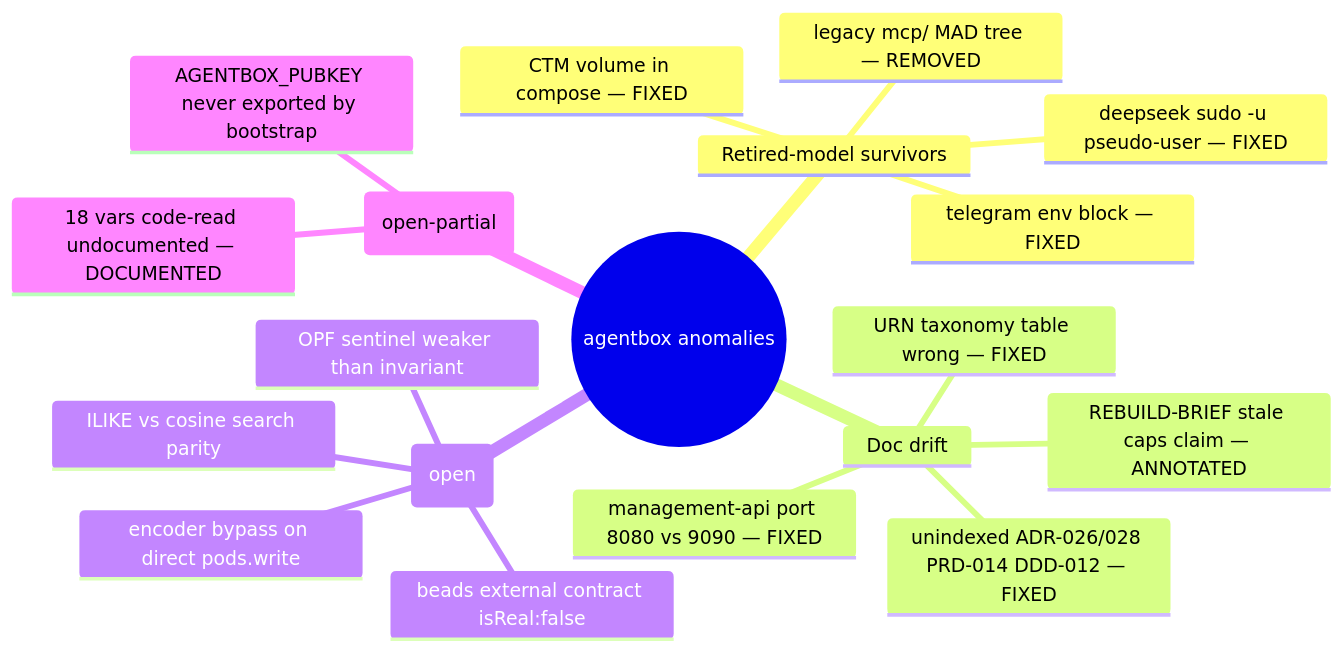
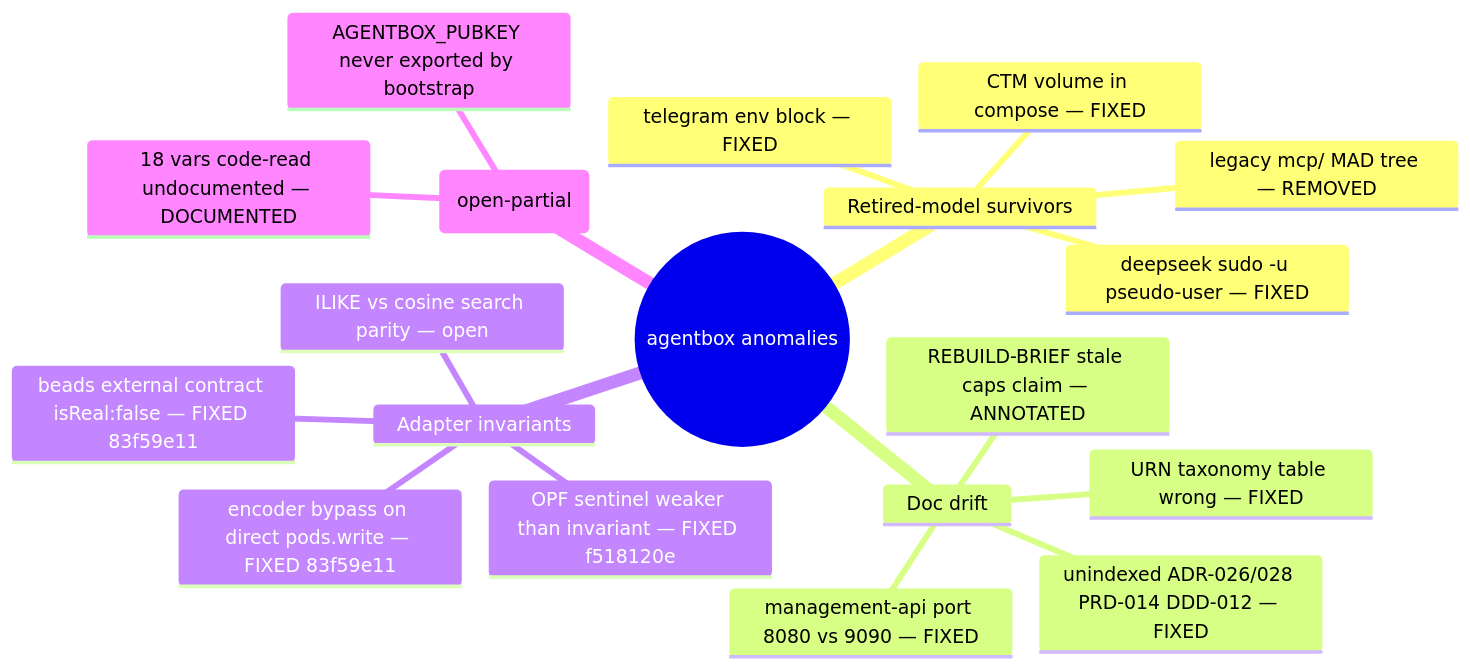
One commit to DreamLab-AI/agentbox changed the diagram in docs/diagrams/00-anomaly-register.md. Above: the diagram before and after it, drawn with Mermaid. The commit also changed other lines of this file and 11 other files, not shown here.

Commit message:
docs(diagrams): align mermaid diagrams to code ground truth; label aspirational flows and known gaps

````diff
--- a/docs/diagrams/00-anomaly-register.md
+++ b/docs/diagrams/00-anomaly-register.md
@@ -8,22 +8,22 @@
 ```mermaid
 mindmap
   root((agentbox anomalies))
     Retired-model survivors
       CTM volume in compose — FIXED
       telegram env block — FIXED
       deepseek sudo -u pseudo-user — FIXED
       legacy mcp/ MAD tree — REMOVED
     Doc drift
       management-api port 8080 vs 9090 — FIXED
       URN taxonomy table wrong — FIXED
       REBUILD-BRIEF stale caps claim — ANNOTATED
       unindexed ADR-026/028 PRD-014 DDD-012 — FIXED
-    Adapter invariants (open)
-      encoder bypass on direct pods.write
-      OPF sentinel weaker than invariant
-      beads external contract isReal:false
-      ILIKE vs cosine search parity
+    Adapter invariants
+      encoder bypass on direct pods.write — FIXED 83f59e11
+      OPF sentinel weaker than invariant — FIXED f518120e
+      beads external contract isReal:false — FIXED 83f59e11
+      ILIKE vs cosine search parity — open
     Env-gap (open-partial)
       18 vars code-read undocumented — DOCUMENTED
       AGENTBOX_PUBKEY never exported by bootstrap
 ```
````
